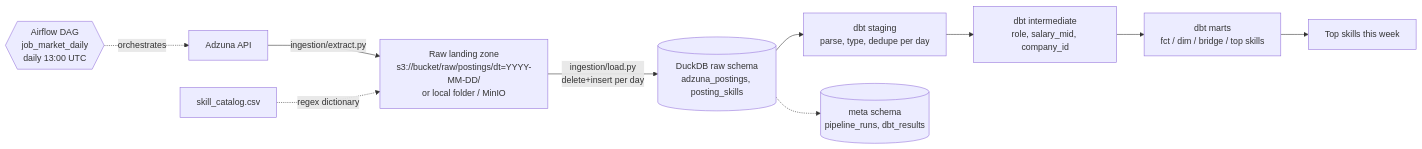
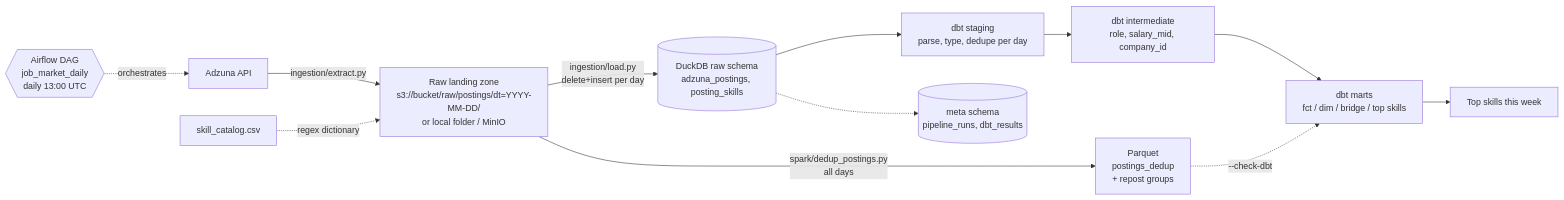
Before and after one commit to khus-hi/job-market-data-pipeline: the first of 2 diagrams in README.md, drawn with Mermaid. The commit also changed other lines of this file and 6 other files, not shown here.

First line of the commit message:
Add PySpark job that deduplicates postings across days

````diff
--- a/README.md
+++ b/README.md
@@ -11,12 +11,14 @@
 ```mermaid
 flowchart LR
     AF{{Airflow DAG<br/>job_market_daily<br/>daily 13:00 UTC}} -.orchestrates.-> A
     A[Adzuna API] -->|ingestion/extract.py| B[Raw landing zone<br/>s3://bucket/raw/postings/dt=YYYY-MM-DD/<br/>or local folder / MinIO]
     B -->|ingestion/load.py<br/>delete+insert per day| C[(DuckDB raw schema<br/>adzuna_postings, posting_skills)]
     S[skill_catalog.csv] -.->|regex dictionary| B
     C --> D[dbt staging<br/>parse, type, dedupe per day]
     D --> E[dbt intermediate<br/>role, salary_mid, company_id]
     E --> F[dbt marts<br/>fct / dim / bridge / top skills]
     F --> G[Top skills this week]
     C -.-> M[(meta schema<br/>pipeline_runs, dbt_results)]
+    B -->|spark/dedup_postings.py<br/>all days| P[Parquet<br/>postings_dedup<br/>+ repost groups]
+    P -.->|--check-dbt| F
 ```
````
